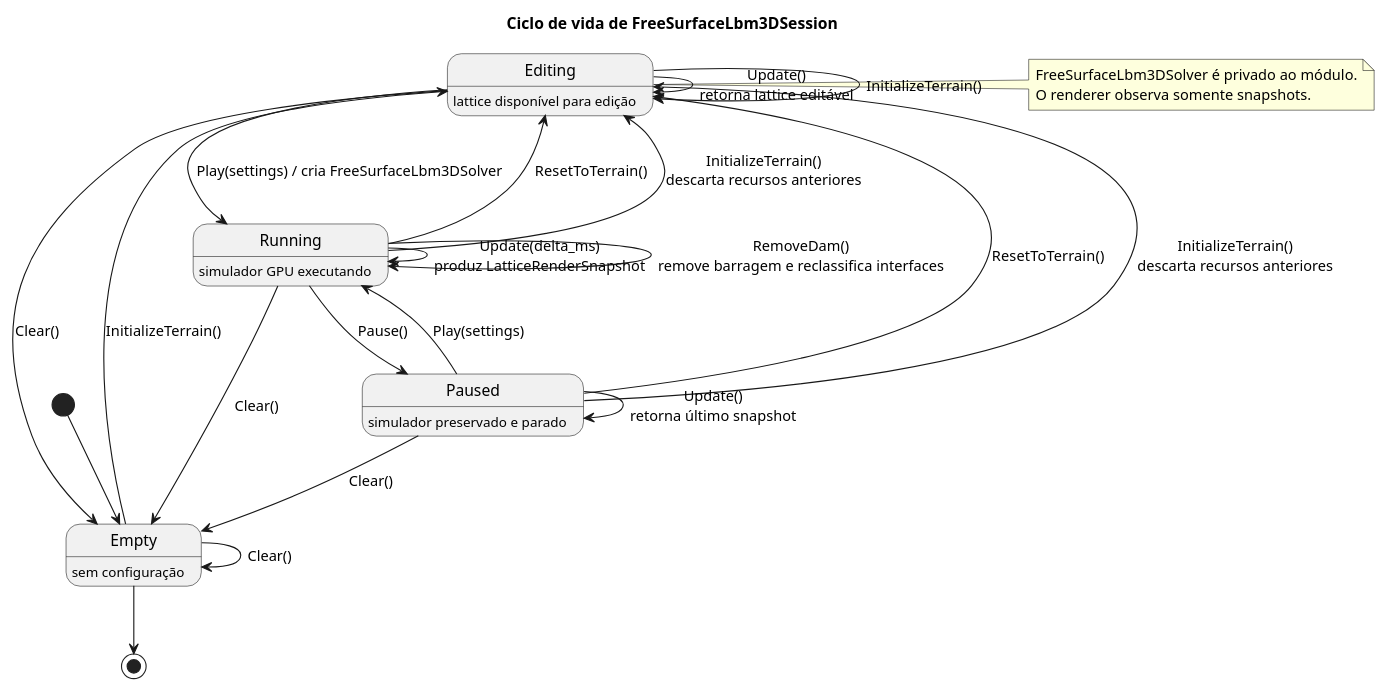
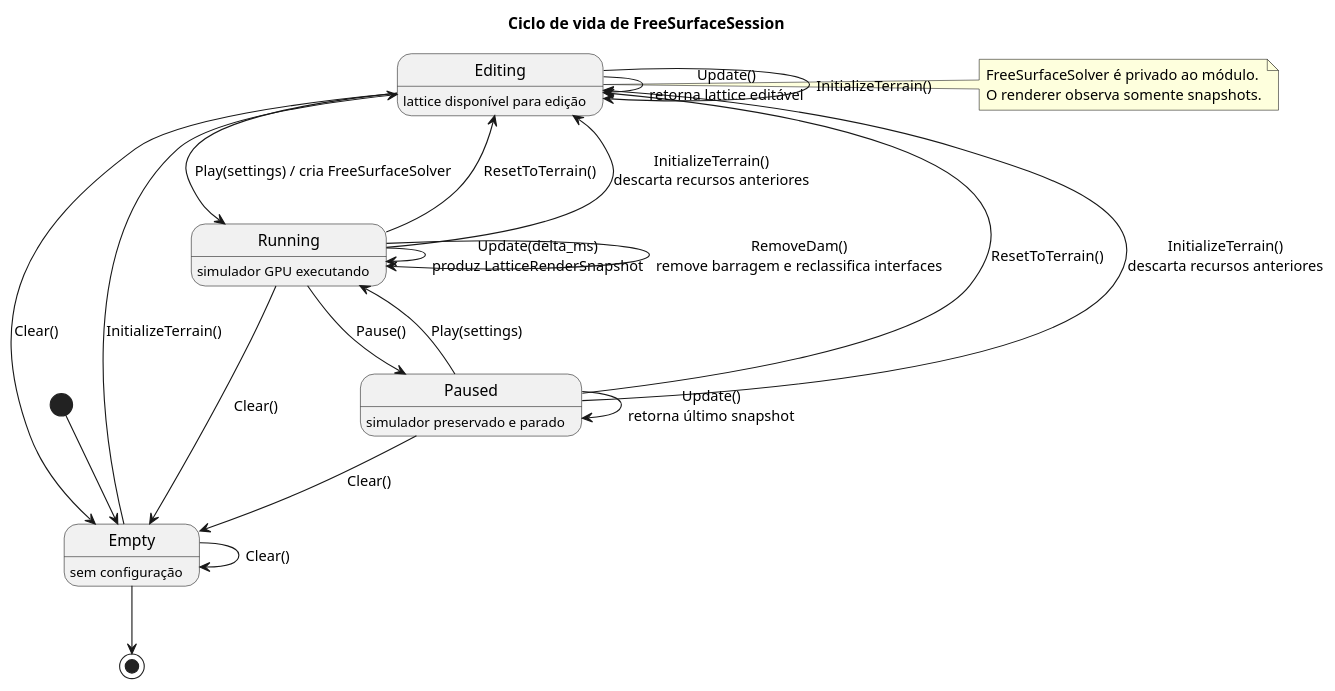
One commit to leandro-barcelos/rheo-lbm changed the diagram in docs/uml/07-simulation-lifecycle.puml. Above: the diagram before and after it, drawn with PlantUML. The commit also changed 21 other files, not shown here.

```diff
--- a/docs/uml/07-simulation-lifecycle.puml
+++ b/docs/uml/07-simulation-lifecycle.puml
@@ -1,42 +1,42 @@
 @startuml
-title Ciclo de vida de FreeSurfaceLbm3DSession
+title Ciclo de vida de FreeSurfaceSession
 
 skinparam backgroundColor transparent
 skinparam shadowing false
 
 [*] --> Empty
 
 state Empty : sem configuração
 state Editing : lattice disponível para edição
 state Running : simulador GPU executando
 state Paused : simulador preservado e parado
 
 Empty --> Editing : InitializeTerrain()
-Editing --> Running : Play(settings) / cria FreeSurfaceLbm3DSolver
+Editing --> Running : Play(settings) / cria FreeSurfaceSolver
 Running --> Paused : Pause()
 Paused --> Running : Play(settings)
 Running --> Editing : ResetToTerrain()
 Paused --> Editing : ResetToTerrain()
 
 Running --> Running : Update(delta_ms)\nproduz LatticeRenderSnapshot
 Running --> Running : RemoveDam()\nremove barragem e reclassifica interfaces
 Paused --> Paused : Update()\nretorna último snapshot
 Editing --> Editing : Update()\nretorna lattice editável
 
 Running --> Editing : InitializeTerrain()\ndescarta recursos anteriores
 Paused --> Editing : InitializeTerrain()\ndescarta recursos anteriores
 Editing --> Editing : InitializeTerrain()
 
 Empty --> Empty : Clear()
 Editing --> Empty : Clear()
 Running --> Empty : Clear()
 Paused --> Empty : Clear()
 
 Empty --> [*]
 
 note right of Editing
-  FreeSurfaceLbm3DSolver é privado ao módulo.
+  FreeSurfaceSolver é privado ao módulo.
   O renderer observa somente snapshots.
 end note
 
 @enduml
```
